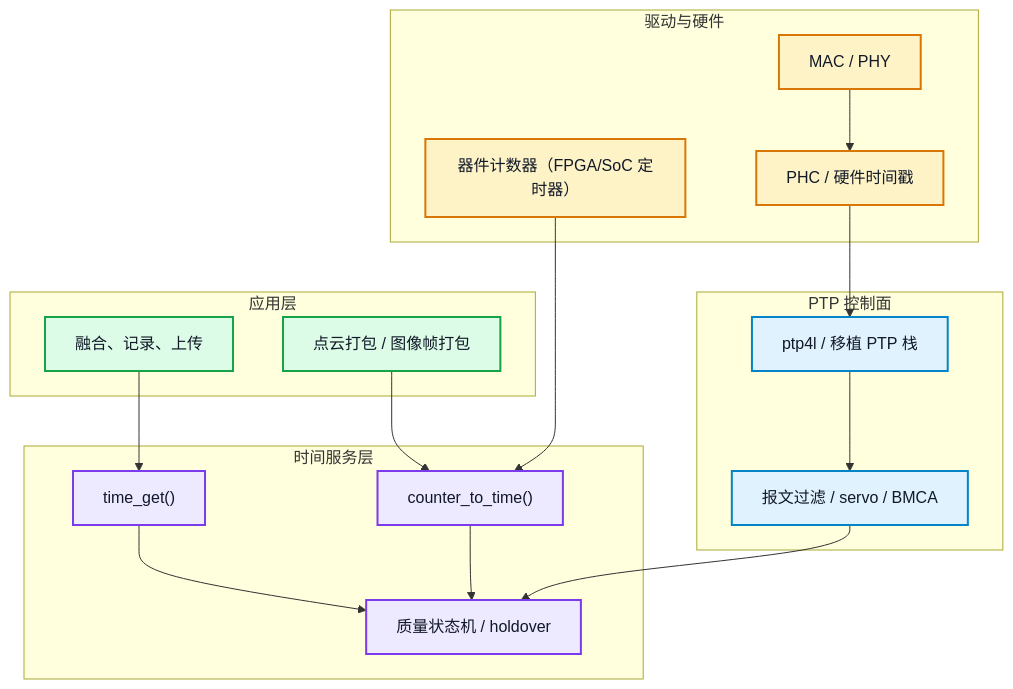
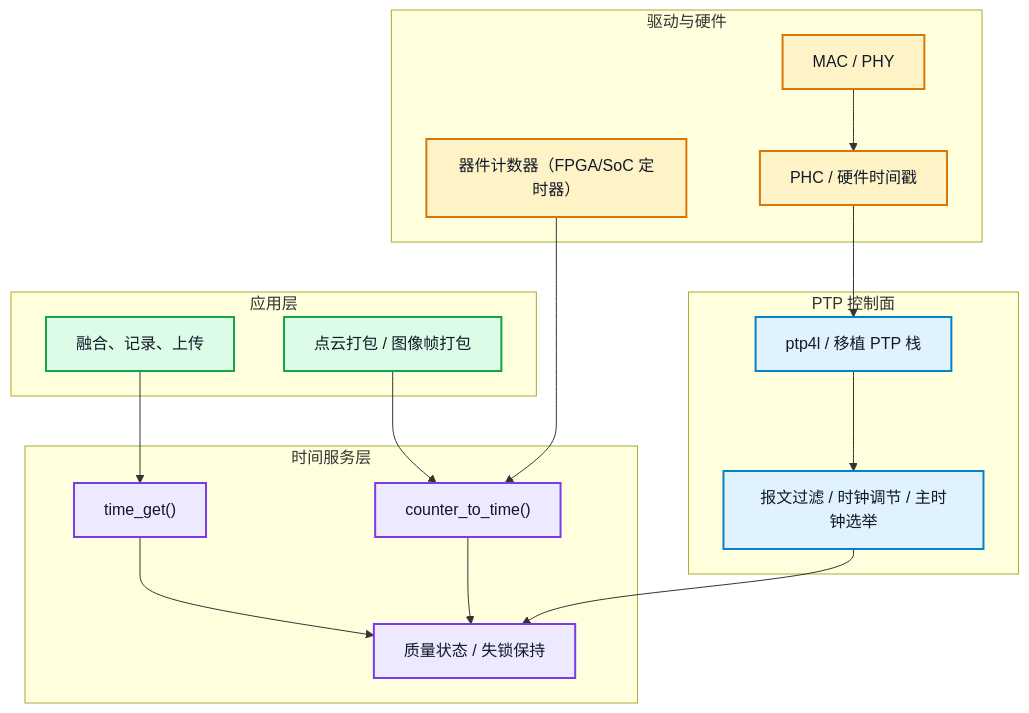
The first of 5 diagrams in content/posts/architecture/ptp_network_module_design.md (DeguiLiu/tech-notes), drawn with Mermaid before and after one commit. The commit also changed other lines of this file, not shown here.

````diff
--- a/content/posts/architecture/ptp_network_module_design.md
+++ b/content/posts/architecture/ptp_network_module_design.md
@@ -93,38 +93,38 @@
 ```mermaid
 flowchart TB
     subgraph APP["应用层"]
         A1["点云打包 / 图像帧打包"]
         A2["融合、记录、上传"]
     end
     subgraph TS["时间服务层"]
         T1["time_get()"]
         T2["counter_to_time()"]
-        T3["质量状态机 / holdover"]
+        T3["质量状态 / 失锁保持"]
     end
     subgraph PTP["PTP 控制面"]
         P1["ptp4l / 移植 PTP 栈"]
-        P2["报文过滤 / servo / BMCA"]
+        P2["报文过滤 / 时钟调节 / 主时钟选举"]
     end
     subgraph DRV["驱动与硬件"]
         D1["PHC / 硬件时间戳"]
         D2["MAC / PHY"]
         D3["器件计数器（FPGA/SoC 定时器）"]
     end
     A1 --> T2
     A2 --> T1
     T1 --> T3
     T2 --> T3
     P1 --> P2
     P2 --> T3
     D1 --> P1
     D2 --> D1
     D3 --> T2
     classDef app fill:#dcfce7,stroke:#16a34a,stroke-width:2px,color:#111827
     classDef time fill:#ede9fe,stroke:#7c3aed,stroke-width:2px,color:#111827
     classDef ptp fill:#e0f2fe,stroke:#0284c7,stroke-width:2px,color:#111827
     classDef hw fill:#fef3c7,stroke:#d97706,stroke-width:2px,color:#111827
     class A1,A2 app
     class T1,T2,T3 time
     class P1,P2 ptp
     class D1,D2,D3 hw
 ```
````
